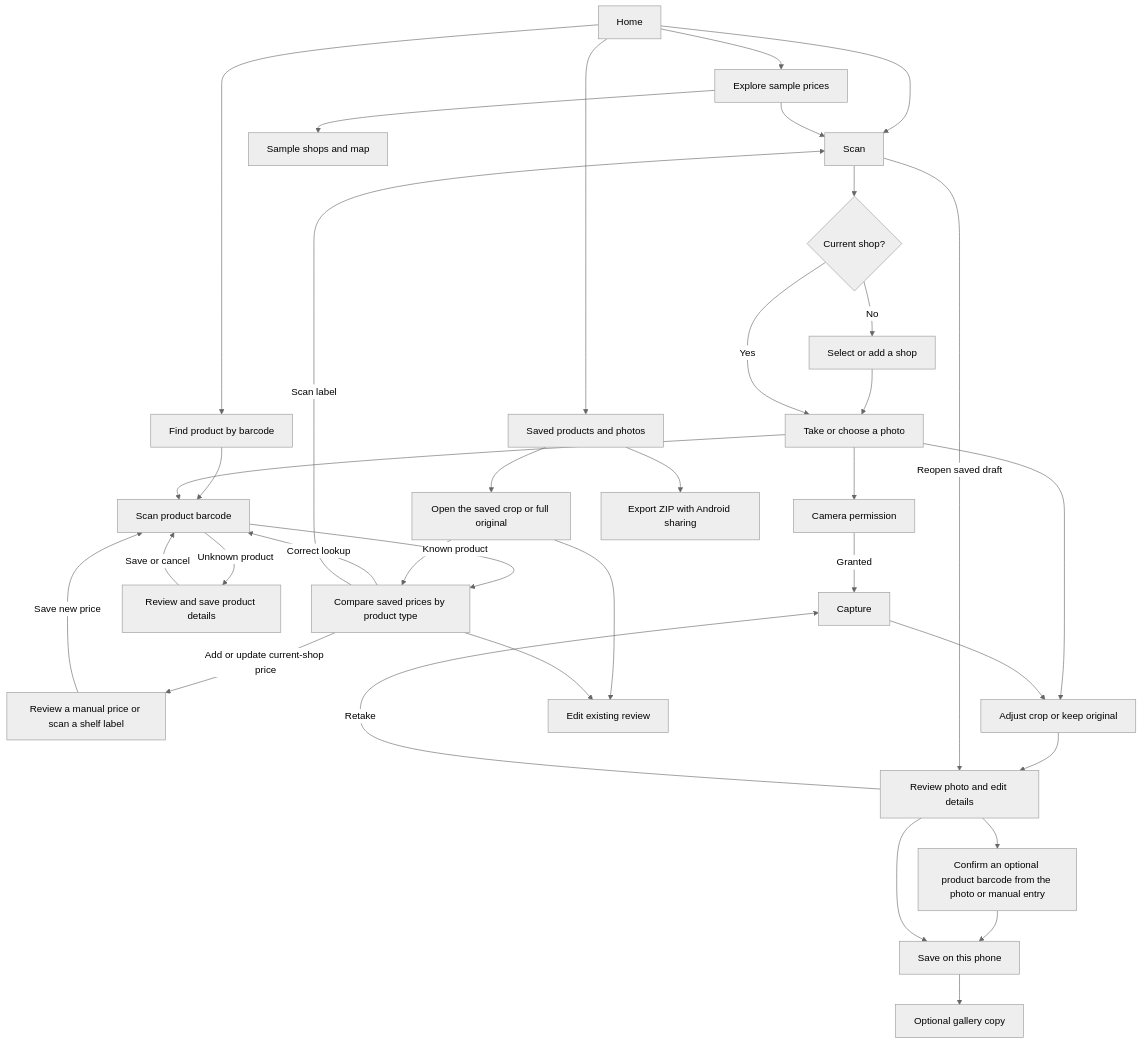
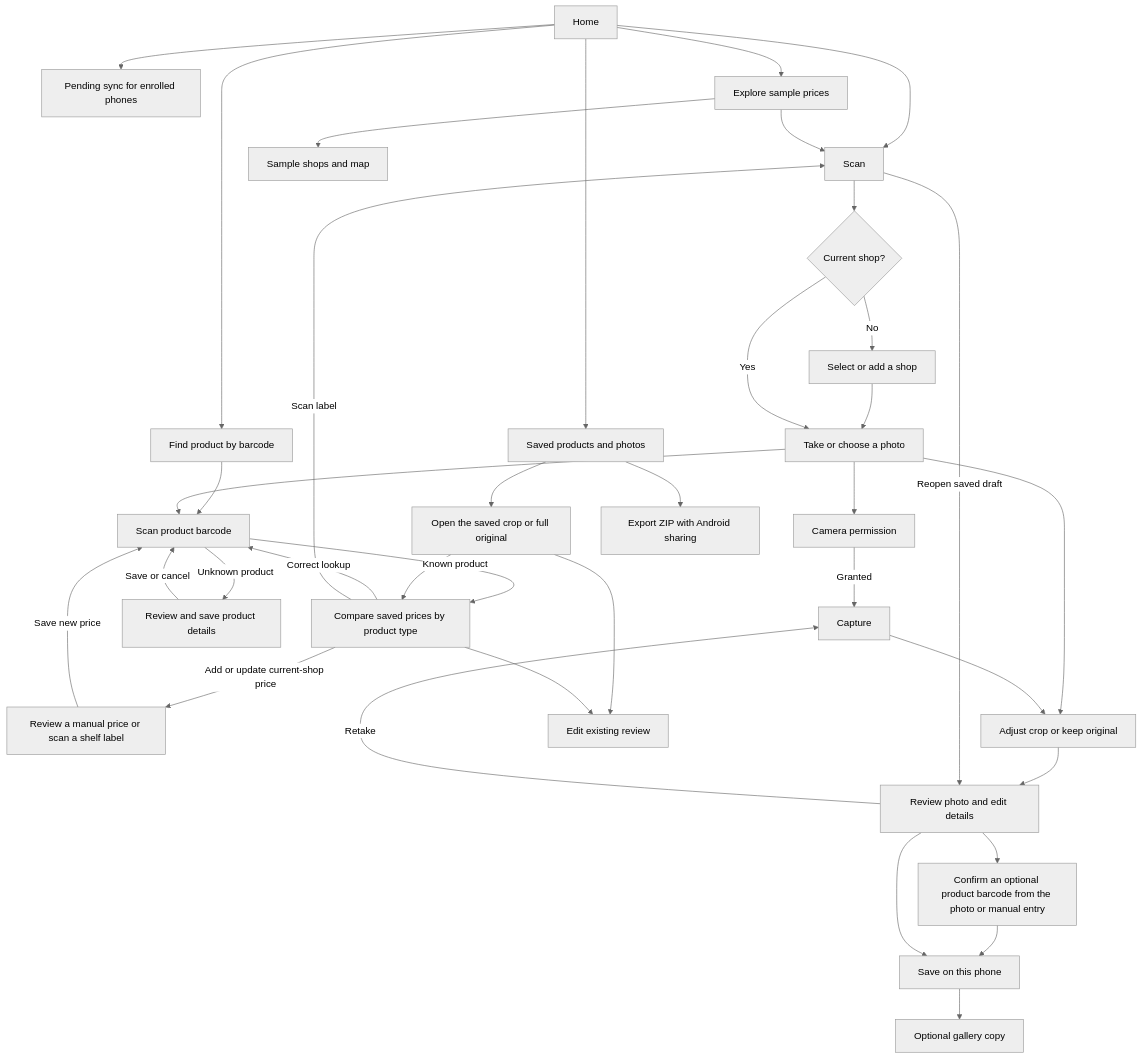
Before and after one commit to Maratatasan/cheapo-app: the diagram in docs/app-map.md, drawn with Mermaid (neutral theme). The commit also changed other lines of this file and 17 other files, not shown here.

````diff
--- a/docs/app-map.md
+++ b/docs/app-map.md
@@ -14,38 +14,39 @@
 ```mermaid
 flowchart TD
     Home --> Scan
     Home --> Lookup["Find product by barcode"]
     Lookup --> Barcode
     Scan --> CurrentShop{"Current shop?"}
     CurrentShop -->|No| ChooseShop["Select or add a shop"]
     ChooseShop --> Source["Take or choose a photo"]
     CurrentShop -->|Yes| Source
     Source --> Barcode["Scan product barcode"]
     Barcode -->|Known product| Compare
     Compare -->|Correct lookup| Barcode
     Compare -->|Add or update current-shop price| PriceReview["Review a manual price or scan a shelf label"]
     PriceReview -->|Save new price| Barcode
     Barcode -->|Unknown product| AddProduct["Review and save product details"]
     AddProduct -->|Save or cancel| Barcode
     Source --> Permission["Camera permission"]
     Source --> Crop
     Permission -->|Granted| Capture
     Capture --> Crop["Adjust crop or keep original"]
     Crop --> Review["Review photo and edit details"]
     Review -->|Retake| Capture
     Review --> BarcodeReview["Confirm an optional product barcode from the photo or manual entry"]
     BarcodeReview --> Save["Save on this phone"]
     Review --> Save
     Save --> Gallery["Optional gallery copy"]
     Home --> Saved["Saved products and photos"]
+    Home --> Pending["Pending sync for enrolled phones"]
     Saved --> SavedPhoto["Open the saved crop or full original"]
     SavedPhoto --> Compare["Compare saved prices by product type"]
     SavedPhoto --> Edit["Edit existing review"]
     Compare --> Edit
     Compare -->|Scan label| Scan
     Saved --> Export["Export ZIP with Android sharing"]
     Scan -->|Reopen saved draft| Review
     Home --> Results["Explore sample prices"]
     Results --> Shops["Sample shops and map"]
     Results --> Scan
 ```
````
